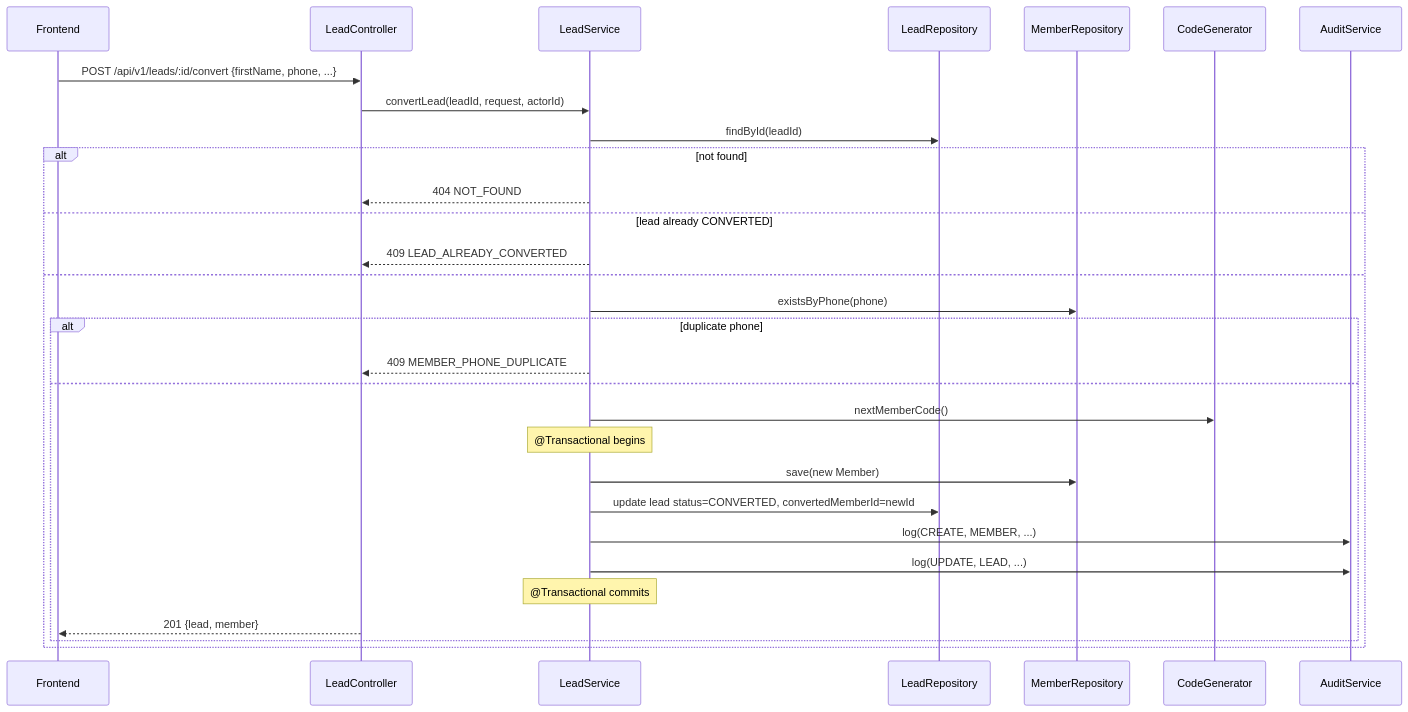
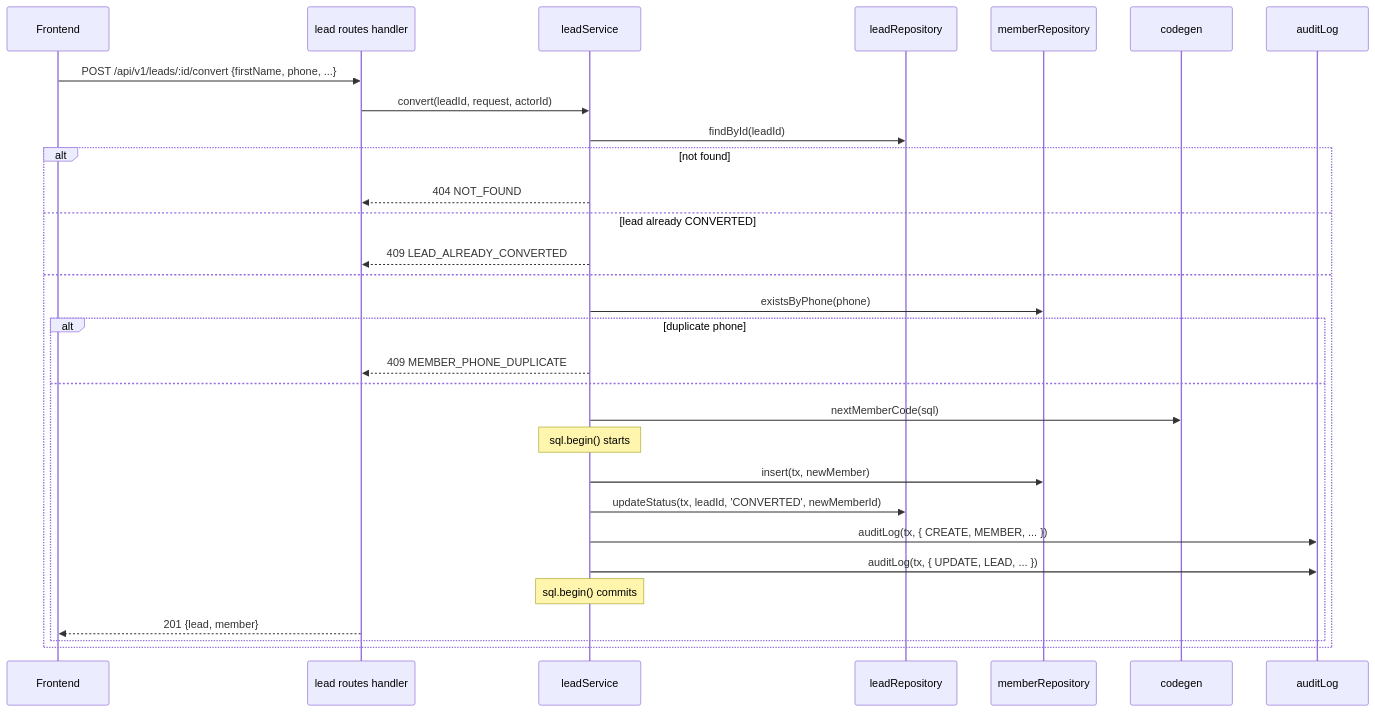
One commit to sidpd51/gym-app changed the fourth of 5 diagrams in backend/docs/06-backend-lld.md. Above: the diagram before and after it, drawn with Mermaid. The commit also changed other lines of this file and 5 other files, not shown here.

Commit message:
Migrate backend architecture documentation from Java to Node.js/Fastify

````diff
--- a/backend/docs/06-backend-lld.md
+++ b/backend/docs/06-backend-lld.md
@@ -798,33 +794,33 @@
 ```mermaid
 sequenceDiagram
     participant FE as Frontend
-    participant C as LeadController
-    participant S as LeadService
-    participant LR as LeadRepository
-    participant MR as MemberRepository
-    participant CG as CodeGenerator
-    participant A as AuditService
+    participant R as lead routes handler
+    participant S as leadService
+    participant LR as leadRepository
+    participant MR as memberRepository
+    participant CG as codegen
+    participant A as auditLog
 
-    FE->>C: POST /api/v1/leads/:id/convert {firstName, phone, ...}
-    C->>S: convertLead(leadId, request, actorId)
+    FE->>R: POST /api/v1/leads/:id/convert {firstName, phone, ...}
+    R->>S: convert(leadId, request, actorId)
     S->>LR: findById(leadId)
     alt not found
-        S-->>C: 404 NOT_FOUND
+        S-->>R: 404 NOT_FOUND
     else lead already CONVERTED
-        S-->>C: 409 LEAD_ALREADY_CONVERTED
+        S-->>R: 409 LEAD_ALREADY_CONVERTED
     else
         S->>MR: existsByPhone(phone)
         alt duplicate phone
-            S-->>C: 409 MEMBER_PHONE_DUPLICATE
+            S-->>R: 409 MEMBER_PHONE_DUPLICATE
         else
-            S->>CG: nextMemberCode()
-            note over S: @Transactional begins
-            S->>MR: save(new Member)
-            S->>LR: update lead status=CONVERTED, convertedMemberId=newId
-            S->>A: log(CREATE, MEMBER, ...)
-            S->>A: log(UPDATE, LEAD, ...)
-            note over S: @Transactional commits
-            C-->>FE: 201 {lead, member}
+            S->>CG: nextMemberCode(sql)
+            note over S: sql.begin() starts
+            S->>MR: insert(tx, newMember)
+            S->>LR: updateStatus(tx, leadId, 'CONVERTED', newMemberId)
+            S->>A: auditLog(tx, { CREATE, MEMBER, ... })
+            S->>A: auditLog(tx, { UPDATE, LEAD, ... })
+            note over S: sql.begin() commits
+            R-->>FE: 201 {lead, member}
         end
     end
 ```
````
